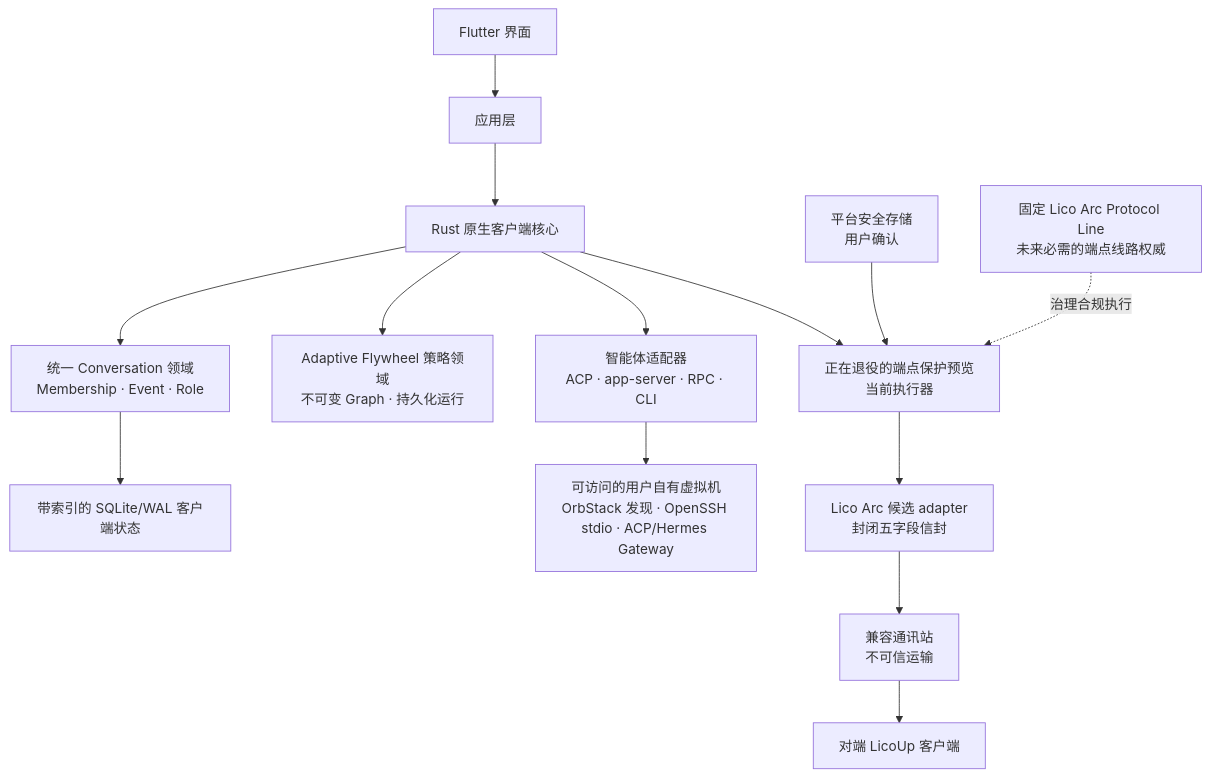
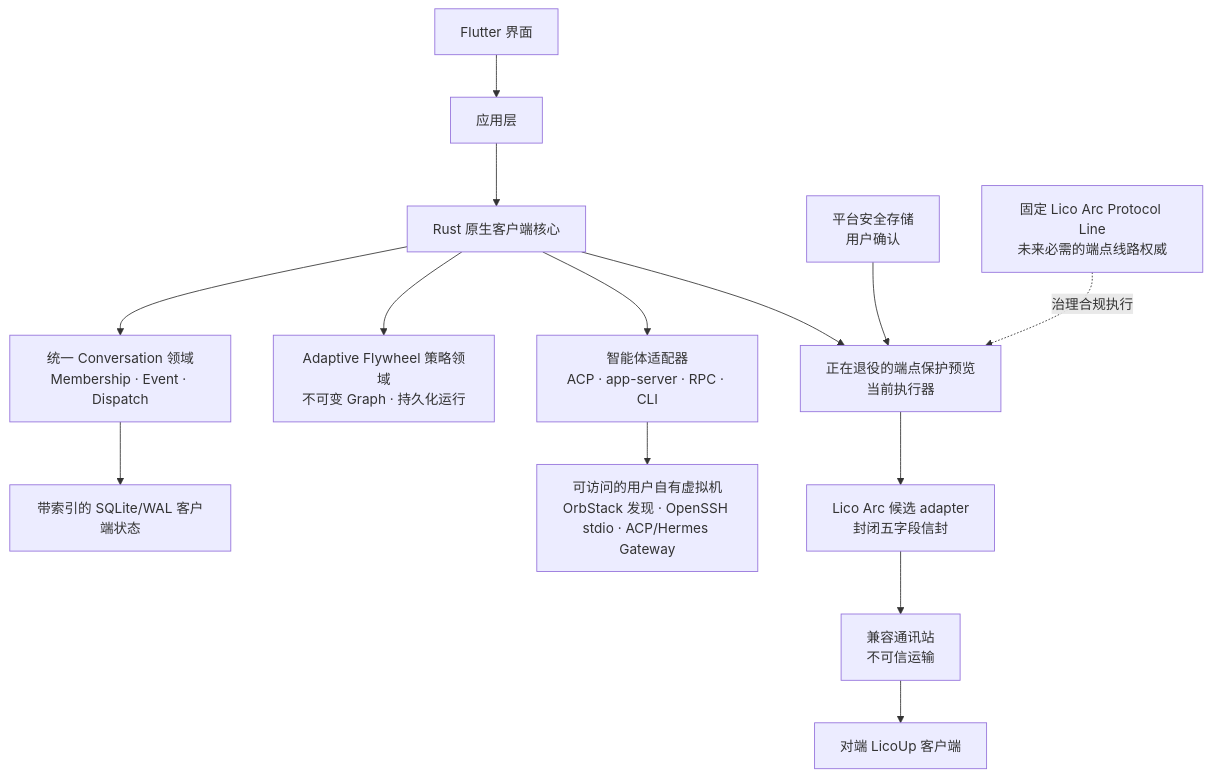
One commit to LicoLand/LicoUp changed the first of 4 diagrams in docs/architecture/README.zh-CN.md. Above: the diagram before and after it, drawn with Mermaid. The commit also changed other lines of this file and 100 other files, not shown here.

````diff
--- a/docs/architecture/README.zh-CN.md
+++ b/docs/architecture/README.zh-CN.md
@@ -24,16 +24,16 @@
 ```mermaid
 flowchart TB
     UI["Flutter 界面"] --> APP["应用层"]
     APP --> CORE["Rust 原生客户端核心"]
-    CORE --> CONVERSATIONS["统一 Conversation 领域<br/>Membership · Event · Role"]
+    CORE --> CONVERSATIONS["统一 Conversation 领域<br/>Membership · Event · Dispatch"]
     CORE --> STRATEGIES["Adaptive Flywheel 策略领域<br/>不可变 Graph · 持久化运行"]
     CONVERSATIONS --> STORE["带索引的 SQLite/WAL 客户端状态"]
     CORE --> AGENTS["智能体适配器<br/>ACP · app-server · RPC · CLI"]
     AGENTS --> VM["可访问的用户自有虚拟机<br/>OrbStack 发现 · OpenSSH stdio · ACP/Hermes Gateway"]
     CORE --> MESH["正在退役的端点保护预览<br/>当前执行器"]
     MESH --> ARC["Lico Arc 候选 adapter<br/>封闭五字段信封"]
     ARC --> STATION["兼容通讯站<br/>不可信运输"]
     STATION --> PEER["对端 LicoUp 客户端"]
     KEYS["平台安全存储<br/>用户确认"] --> MESH
     LINE["固定 Lico Arc Protocol Line<br/>未来必需的端点线路权威"] -. "治理合规执行" .-> MESH
 ```
````
